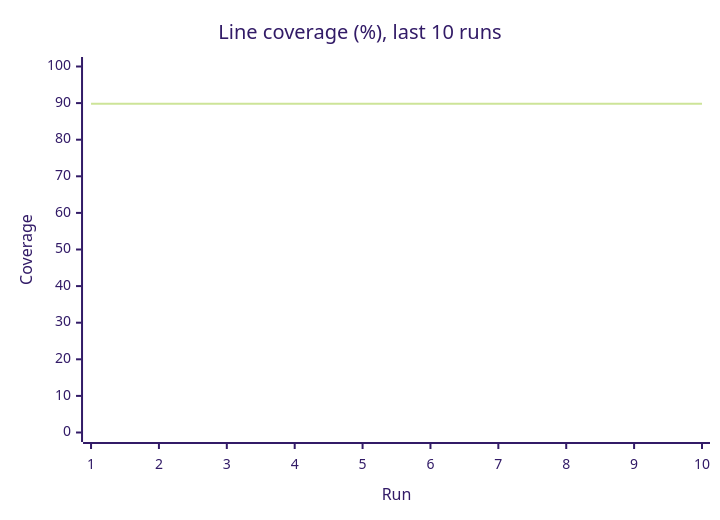
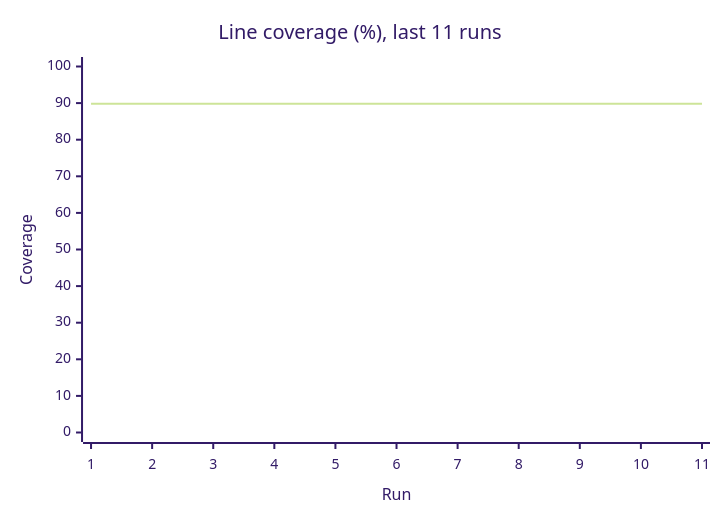
Before and after one commit to Shirojoufu/DORA-Metrics: the third of 3 diagrams in reports/summary.md, drawn with Mermaid (forest theme). The commit also changed other lines of this file and 5 other files, not shown here.

````diff
--- a/reports/summary.md
+++ b/reports/summary.md
@@ -33,7 +33,7 @@
 ```mermaid
 xychart-beta
-    title "Line coverage (%), last 10 runs"
-    x-axis "Run" [1, 2, 3, 4, 5, 6, 7, 8, 9, 10]
+    title "Line coverage (%), last 11 runs"
+    x-axis "Run" [1, 2, 3, 4, 5, 6, 7, 8, 9, 10, 11]
     y-axis "Coverage" 0 --> 100
-    line [89.82, 89.82, 89.82, 89.82, 89.82, 89.82, 89.82, 89.82, 89.82, 89.82]
+    line [89.82, 89.82, 89.82, 89.82, 89.82, 89.82, 89.82, 89.82, 89.82, 89.82, 89.82]
 ```
````
